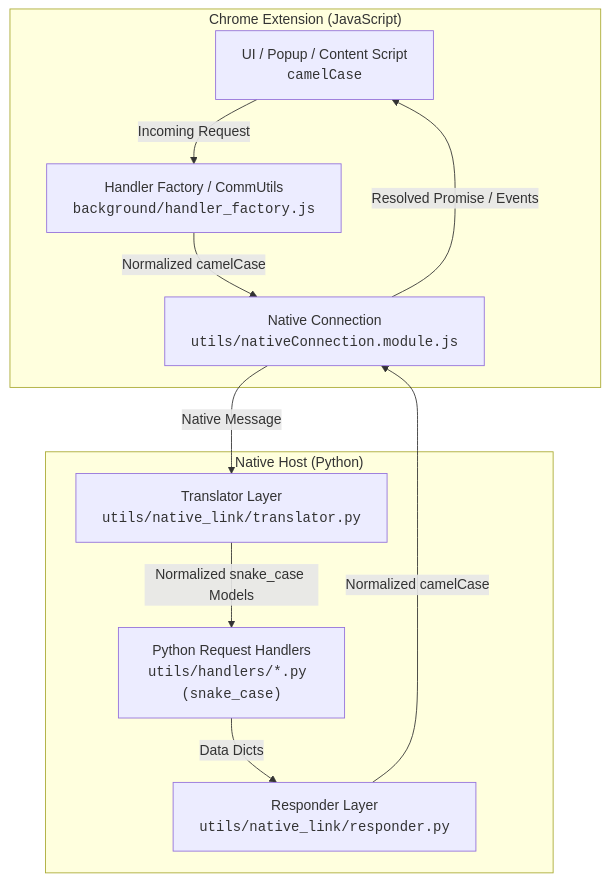
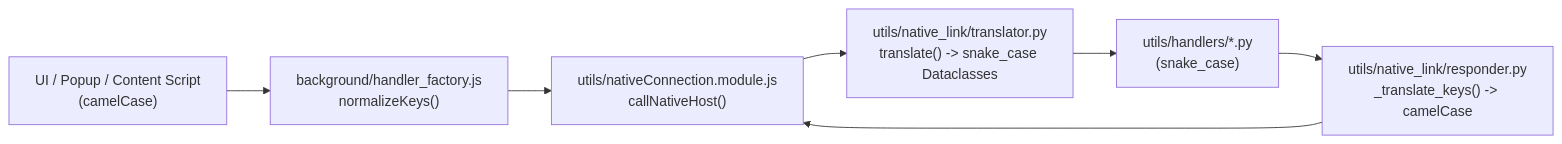
One commit to Mummykiller/mpv-playlist-organizer changed the diagram in .gemini/skills/bridge-and-protocol/SKILL.md. Above: the diagram before and after it, drawn with Mermaid. The commit also changed other lines of this file and 28 other files, not shown here.

Commit message:
docs(skills): refactor skill architecture and enforce durable symbol references

````diff
--- a/.gemini/skills/bridge-and-protocol/SKILL.md
+++ b/.gemini/skills/bridge-and-protocol/SKILL.md
@@ -80,22 +24,9 @@
 ```mermaid
-flowchart TD
-    subgraph Browser ["Chrome Extension (JavaScript)"]
-        UI["UI / Popup / Content Script<br/><code>camelCase</code>"]
-        HF["Handler Factory / CommUtils<br/><code>background/handler_factory.js</code>"]
-        NC["Native Connection<br/><code>utils/nativeConnection.module.js</code>"]
-    end
-
-    subgraph Host ["Native Host (Python)"]
-        TRANS["Translator Layer<br/><code>utils/native_link/translator.py</code>"]
-        HANDLERS["Python Request Handlers<br/><code>utils/handlers/*.py (snake_case)</code>"]
-        RESP["Responder Layer<br/><code>utils/native_link/responder.py</code>"]
-    end
-
-    UI -->|Incoming Request| HF
-    HF -->|Normalized camelCase| NC
-    NC -->|Native Message| TRANS
-    TRANS -->|Normalized snake_case Models| HANDLERS
-    HANDLERS -->|Data Dicts| RESP
-    RESP -->|Normalized camelCase| NC
-    NC -->|Resolved Promise / Events| UI
+flowchart LR
+    UI["UI / Popup / Content Script<br/>(camelCase)"] --> HF["background/handler_factory.js<br/>normalizeKeys()"]
+    HF --> NC["utils/nativeConnection.module.js<br/>callNativeHost()"]
+    NC --> TRANS["utils/native_link/translator.py<br/>translate() -> snake_case Dataclasses"]
+    TRANS --> HANDLERS["utils/handlers/*.py<br/>(snake_case)"]
+    HANDLERS --> RESP["utils/native_link/responder.py<br/>_translate_keys() -> camelCase"]
+    RESP --> NC
 ```
````
